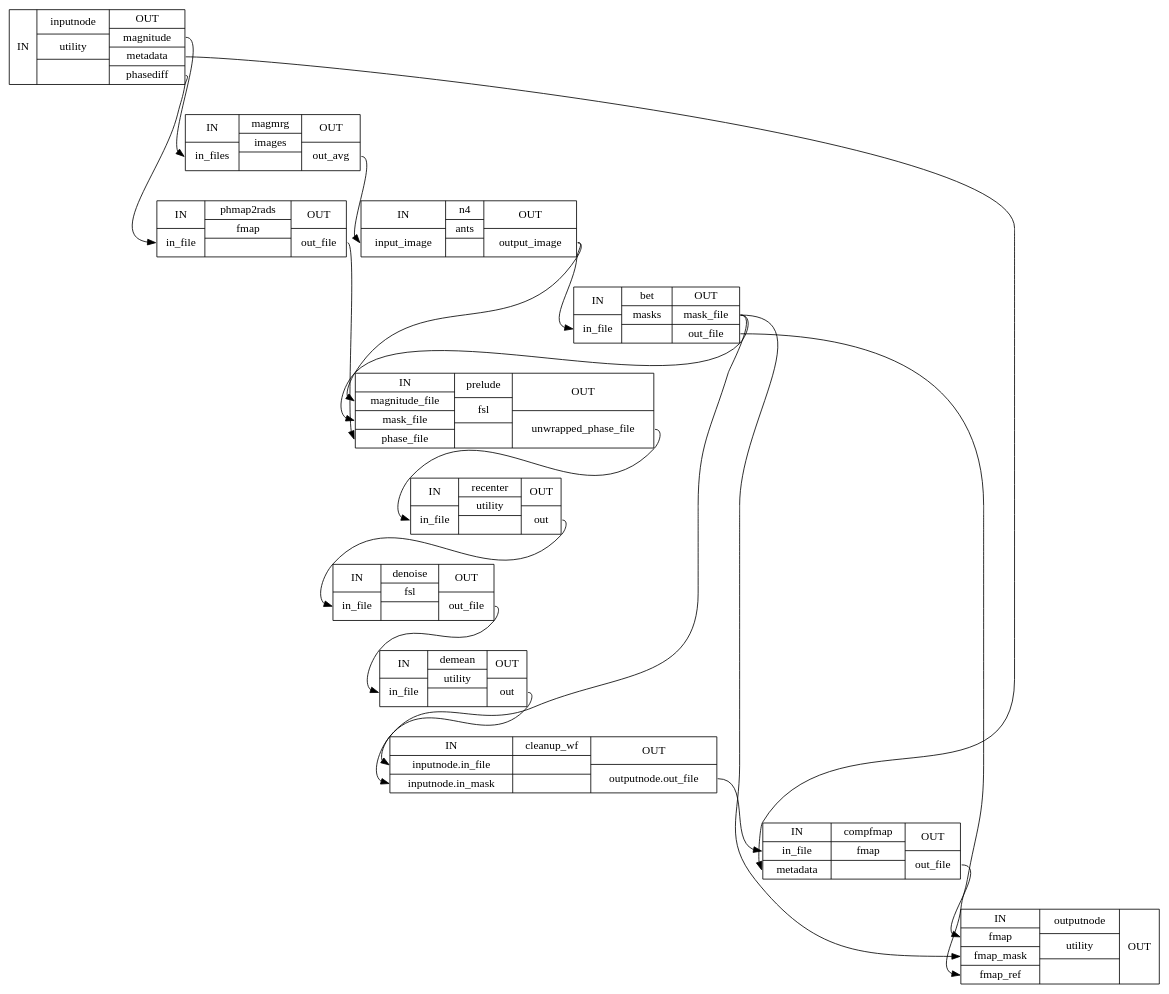
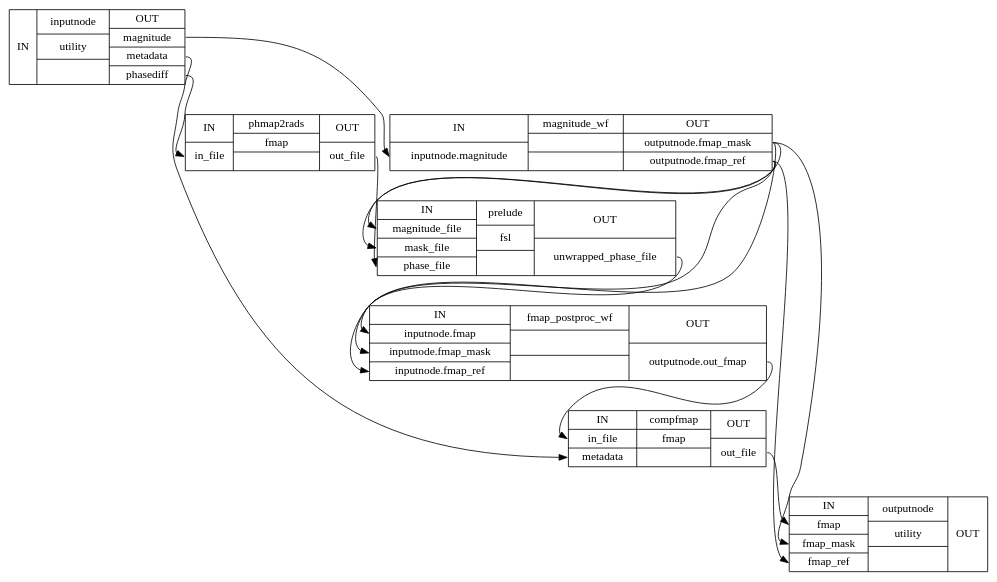
One commit to wayne009007/sdcflows changed the diagram in wf_directive/api/phdiff_wf/sdcflows-workflows-phdiff-1_detailed.dot. Above: the diagram before and after it, drawn with Graphviz. The commit also changed 259 other files, not shown here.

```diff
--- a/wf_directive/api/phdiff_wf/sdcflows-workflows-phdiff-1_detailed.dot
+++ b/wf_directive/api/phdiff_wf/sdcflows-workflows-phdiff-1_detailed.dot
@@ -1,32 +1,23 @@
 digraph structs {
 node [shape=record];
 phdiff_wfinputnode [label="{IN}|{ inputnode | utility |  }|{OUT|<outmagnitude> magnitude|<outmetadata> metadata|<outphasediff> phasediff}"];
 phdiff_wfphmap2rads [label="{IN|<ininfile> in_file}|{ phmap2rads | fmap |  }|{OUT|<outoutfile> out_file}"];
-phdiff_wfmagmrg [label="{IN|<ininfiles> in_files}|{ magmrg | images |  }|{OUT|<outoutavg> out_avg}"];
-phdiff_wfn4 [label="{IN|<ininputimage> input_image}|{ n4 | ants |  }|{OUT|<outoutputimage> output_image}"];
-phdiff_wfbet [label="{IN|<ininfile> in_file}|{ bet | masks |  }|{OUT|<outmaskfile> mask_file|<outoutfile> out_file}"];
+phdiff_wfmagnitude_wf [label="{IN|<ininputnodemagnitude> inputnode.magnitude}|{ magnitude_wf |  |  }|{OUT|<outoutputnodefmapmask> outputnode.fmap_mask|<outoutputnodefmapref> outputnode.fmap_ref}"];
 phdiff_wfprelude [label="{IN|<inmagnitudefile> magnitude_file|<inmaskfile> mask_file|<inphasefile> phase_file}|{ prelude | fsl |  }|{OUT|<outunwrappedphasefile> unwrapped_phase_file}"];
-phdiff_wfrecenter [label="{IN|<ininfile> in_file}|{ recenter | utility |  }|{OUT|<outout> out}"];
-phdiff_wfdenoise [label="{IN|<ininfile> in_file}|{ denoise | fsl |  }|{OUT|<outoutfile> out_file}"];
-phdiff_wfdemean [label="{IN|<ininfile> in_file}|{ demean | utility |  }|{OUT|<outout> out}"];
-phdiff_wfcleanup_wf [label="{IN|<ininputnodeinfile> inputnode.in_file|<ininputnodeinmask> inputnode.in_mask}|{ cleanup_wf |  |  }|{OUT|<outoutputnodeoutfile> outputnode.out_file}"];
+phdiff_wffmap_postproc_wf [label="{IN|<ininputnodefmap> inputnode.fmap|<ininputnodefmapmask> inputnode.fmap_mask|<ininputnodefmapref> inputnode.fmap_ref}|{ fmap_postproc_wf |  |  }|{OUT|<outoutputnodeoutfmap> outputnode.out_fmap}"];
 phdiff_wfcompfmap [label="{IN|<ininfile> in_file|<inmetadata> metadata}|{ compfmap | fmap |  }|{OUT|<outoutfile> out_file}"];
 phdiff_wfoutputnode [label="{IN|<infmap> fmap|<infmapmask> fmap_mask|<infmapref> fmap_ref}|{ outputnode | utility |  }|{OUT}"];
-phdiff_wfbet:outmaskfile:e -> phdiff_wfcleanup_wf:ininputnodeinmask:w;
-phdiff_wfbet:outmaskfile:e -> phdiff_wfoutputnode:infmapmask:w;
-phdiff_wfbet:outmaskfile:e -> phdiff_wfprelude:inmaskfile:w;
-phdiff_wfbet:outoutfile:e -> phdiff_wfoutputnode:infmapref:w;
-phdiff_wfcleanup_wf:outoutputnodeoutfile:e -> phdiff_wfcompfmap:ininfile:w;
 phdiff_wfcompfmap:outoutfile:e -> phdiff_wfoutputnode:infmap:w;
-phdiff_wfdemean:outout:e -> phdiff_wfcleanup_wf:ininputnodeinfile:w;
-phdiff_wfdenoise:outoutfile:e -> phdiff_wfdemean:ininfile:w;
-phdiff_wfinputnode:outmagnitude:e -> phdiff_wfmagmrg:ininfiles:w;
+phdiff_wffmap_postproc_wf:outoutputnodeoutfmap:e -> phdiff_wfcompfmap:ininfile:w;
+phdiff_wfinputnode:outmagnitude:e -> phdiff_wfmagnitude_wf:ininputnodemagnitude:w;
 phdiff_wfinputnode:outmetadata:e -> phdiff_wfcompfmap:inmetadata:w;
 phdiff_wfinputnode:outphasediff:e -> phdiff_wfphmap2rads:ininfile:w;
-phdiff_wfmagmrg:outoutavg:e -> phdiff_wfn4:ininputimage:w;
-phdiff_wfn4:outoutputimage:e -> phdiff_wfbet:ininfile:w;
-phdiff_wfn4:outoutputimage:e -> phdiff_wfprelude:inmagnitudefile:w;
+phdiff_wfmagnitude_wf:outoutputnodefmapmask:e -> phdiff_wffmap_postproc_wf:ininputnodefmapmask:w;
+phdiff_wfmagnitude_wf:outoutputnodefmapmask:e -> phdiff_wfoutputnode:infmapmask:w;
+phdiff_wfmagnitude_wf:outoutputnodefmapmask:e -> phdiff_wfprelude:inmaskfile:w;
+phdiff_wfmagnitude_wf:outoutputnodefmapref:e -> phdiff_wffmap_postproc_wf:ininputnodefmapref:w;
+phdiff_wfmagnitude_wf:outoutputnodefmapref:e -> phdiff_wfoutputnode:infmapref:w;
+phdiff_wfmagnitude_wf:outoutputnodefmapref:e -> phdiff_wfprelude:inmagnitudefile:w;
 phdiff_wfphmap2rads:outoutfile:e -> phdiff_wfprelude:inphasefile:w;
-phdiff_wfprelude:outunwrappedphasefile:e -> phdiff_wfrecenter:ininfile:w;
-phdiff_wfrecenter:outout:e -> phdiff_wfdenoise:ininfile:w;
+phdiff_wfprelude:outunwrappedphasefile:e -> phdiff_wffmap_postproc_wf:ininputnodefmap:w;
 }
```
